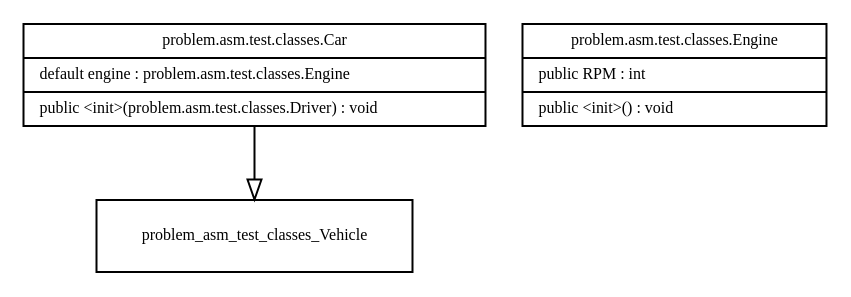
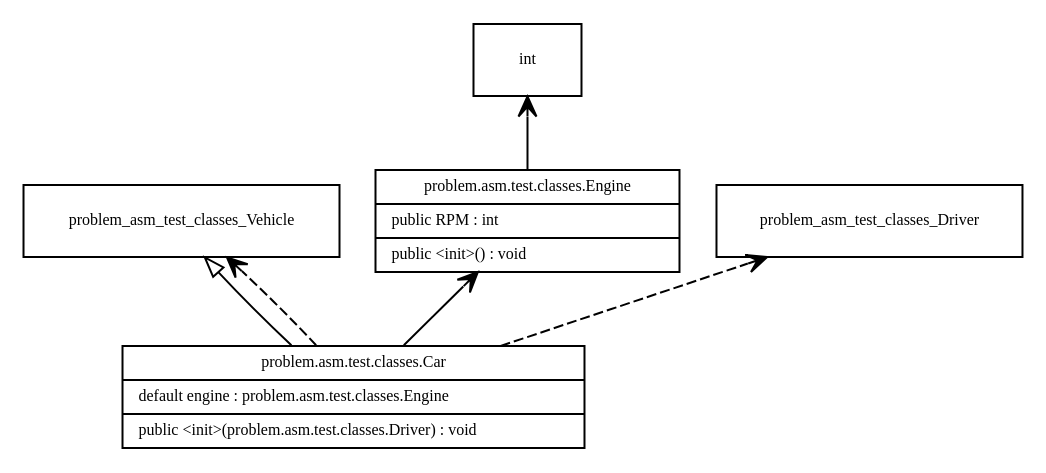
Before and after one commit to Whirligig231/asm-analyzer: the diagram in AsmAnalyzer/testExpectedOutputs/test2.dot, drawn with Graphviz. The commit also changed 4 other files, not shown here.

Commit message:
Updated tests to milestone 2, added PizzaFactory generated UML

```diff
--- a/AsmAnalyzer/testExpectedOutputs/test2.dot
+++ b/AsmAnalyzer/testExpectedOutputs/test2.dot
@@ -1,23 +1,41 @@
 digraph G {
+rankdir=BT;
+
 node [
 fontname = "Bitstream Vera Sans"
 fontsize = 8
 shape = "record"
 ]
 edge [
 fontname = "Bitstream Vera Sans"
 fontsize = 8
 ]
 
 problem_asm_test_classes_Car [
 	label = "{problem.asm.test.classes.Car|default engine : problem.asm.test.classes.Engine\l|public \<init\>(problem.asm.test.classes.Driver) : void\l}"
 ]
 edge [
 	arrowhead = "empty"
 	style = "solid"
 ]
 problem_asm_test_classes_Car -> problem_asm_test_classes_Vehicle
+edge [
+	arrowhead = "vee"
+	style = "solid"
+]
+problem_asm_test_classes_Car -> problem_asm_test_classes_Engine
+edge [
+	arrowhead = "vee"
+	style = "dashed"
+]
+problem_asm_test_classes_Car -> problem_asm_test_classes_Driver
+problem_asm_test_classes_Car -> problem_asm_test_classes_Vehicle
 problem_asm_test_classes_Engine [
 	label = "{problem.asm.test.classes.Engine|public RPM : int\l|public \<init\>() : void\l}"
 ]
+edge [
+	arrowhead = "vee"
+	style = "solid"
+]
+problem_asm_test_classes_Engine -> int
 }
```
